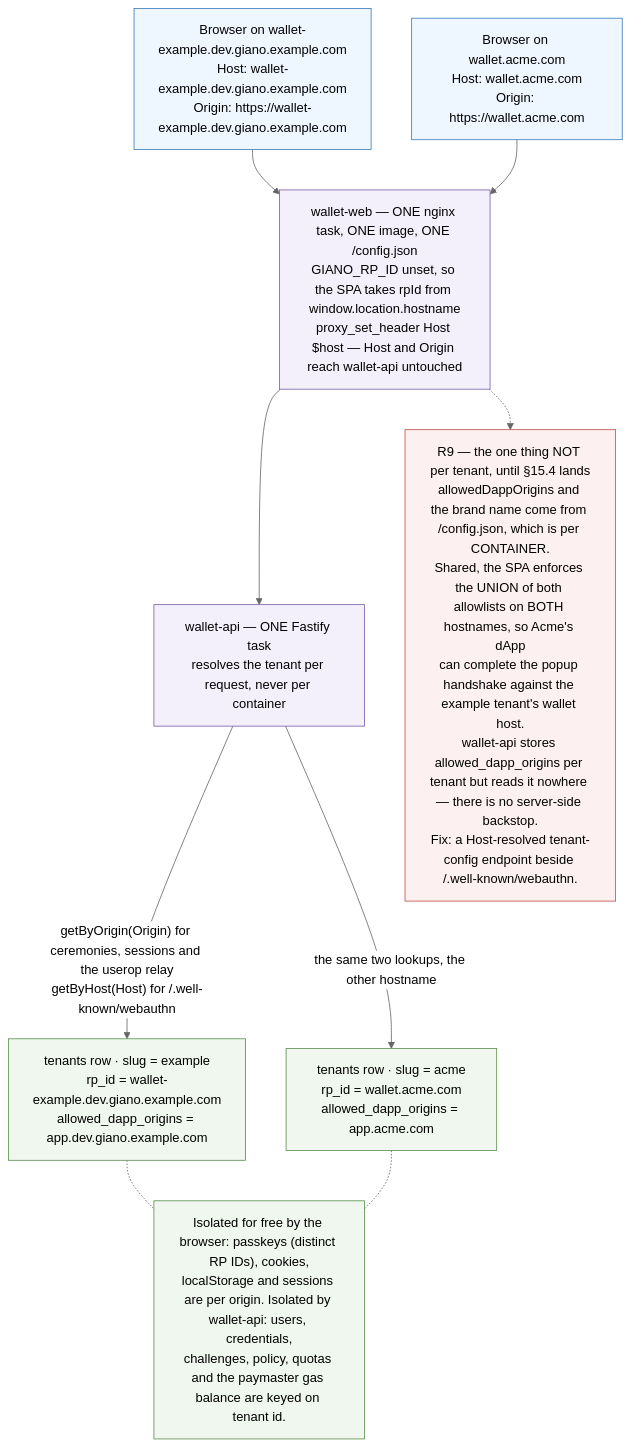
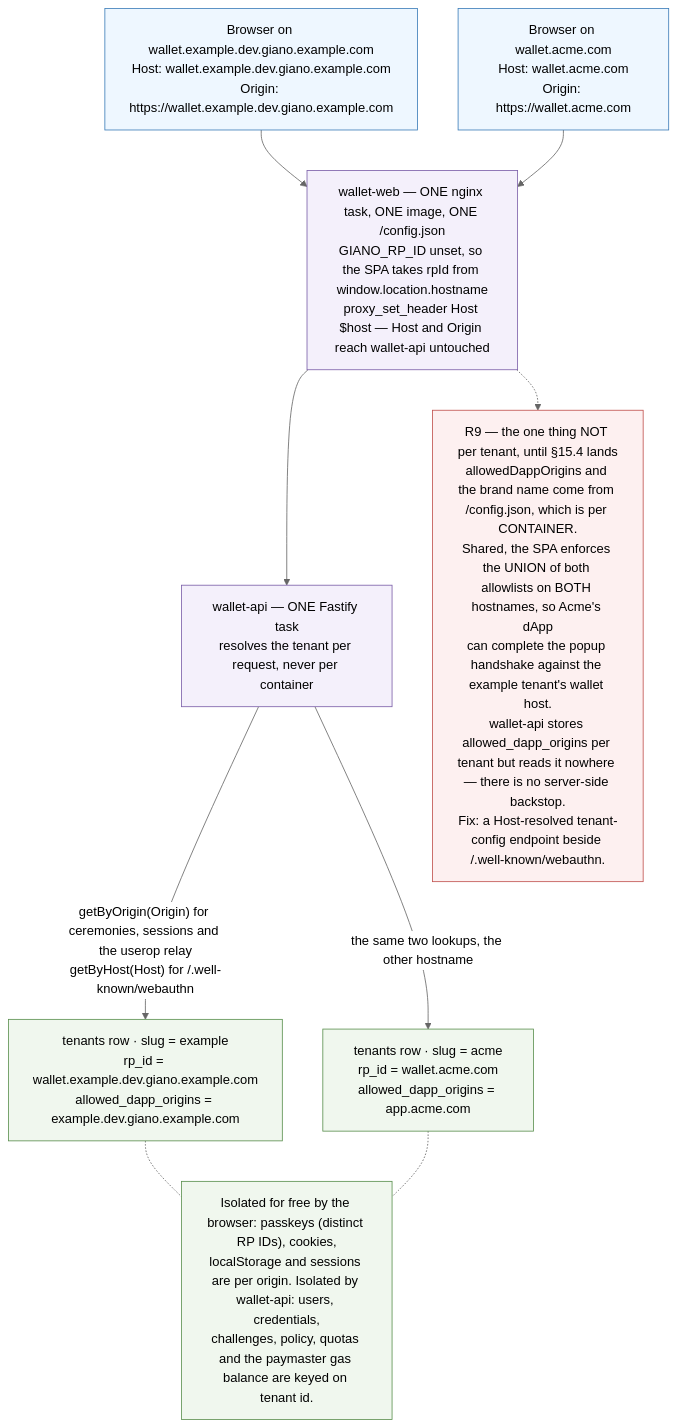
The third of 3 diagrams in specs/DEV-INFRASTRUCTURE.md (appliedblockchain/giano), drawn with Mermaid (neutral theme) before and after one commit. The commit also changed other lines of this file, not shown here.

First line of the commit message:
docs: give the example app its own domain with a wallet subdomain

````diff
--- a/specs/DEV-INFRASTRUCTURE.md
+++ b/specs/DEV-INFRASTRUCTURE.md
@@ -228,37 +238,37 @@
 ```mermaid
 flowchart TB
 
-B1["Browser on wallet-example.dev.giano.example.com<br/>Host: wallet-example.dev.giano.example.com<br/>Origin: https://wallet-example.dev.giano.example.com"]
+B1["Browser on wallet.example.dev.giano.example.com<br/>Host: wallet.example.dev.giano.example.com<br/>Origin: https://wallet.example.dev.giano.example.com"]
 B2["Browser on wallet.acme.com<br/>Host: wallet.acme.com<br/>Origin: https://wallet.acme.com"]
 
 NG["wallet-web — ONE nginx task, ONE image, ONE /config.json<br/>GIANO_RP_ID unset, so the SPA takes rpId from window.location.hostname<br/>proxy_set_header Host $host — Host and Origin reach wallet-api untouched"]
 
 API["wallet-api — ONE Fastify task<br/>resolves the tenant per request, never per container"]
 
-T1["tenants row · slug = example<br/>rp_id = wallet-example.dev.giano.example.com<br/>allowed_dapp_origins = app.dev.giano.example.com"]
+T1["tenants row · slug = example<br/>rp_id = wallet.example.dev.giano.example.com<br/>allowed_dapp_origins = example.dev.giano.example.com"]
 T2["tenants row · slug = acme<br/>rp_id = wallet.acme.com<br/>allowed_dapp_origins = app.acme.com"]
 
 B1 --> NG
 B2 --> NG
 NG --> API
 
 API -->|"getByOrigin(Origin) for ceremonies, sessions and the userop relay<br/>getByHost(Host) for /.well-known/webauthn"| T1
 API -->|"the same two lookups, the other hostname"| T2
 
 ISO["Isolated for free by the browser: passkeys (distinct RP IDs), cookies,<br/>localStorage and sessions are per origin. Isolated by wallet-api: users, credentials,<br/>challenges, policy, quotas and the paymaster gas balance are keyed on tenant id."]
 T1 -.- ISO
 T2 -.- ISO
 
 GAP["R9 — the one thing NOT per tenant, until §15.4 lands<br/>allowedDappOrigins and the brand name come from /config.json, which is per CONTAINER.<br/>Shared, the SPA enforces the UNION of both allowlists on BOTH hostnames, so Acme's dApp<br/>can complete the popup handshake against the example tenant's wallet host.<br/>wallet-api stores allowed_dapp_origins per tenant but reads it nowhere — there is no server-side backstop.<br/>Fix: a Host-resolved tenant-config endpoint beside /.well-known/webauthn."]
 NG -.-> GAP
 
 classDef browser fill:#eef7ff,stroke:#3b7cb8
 classDef svc fill:#f4f0fb,stroke:#7a5ea8
 classDef row fill:#f0f7ee,stroke:#5a8f4e
 classDef warn fill:#fdf0f0,stroke:#c0504d
 class B1,B2 browser
 class NG,API svc
 class T1,T2 row
 class GAP warn
 class ISO row
 ```
````
